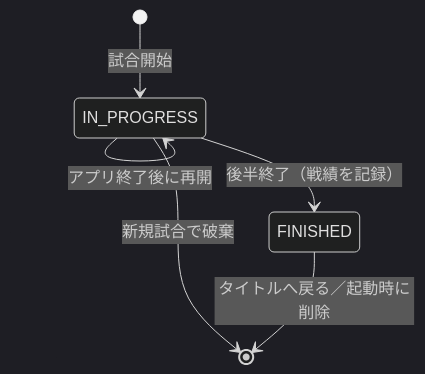
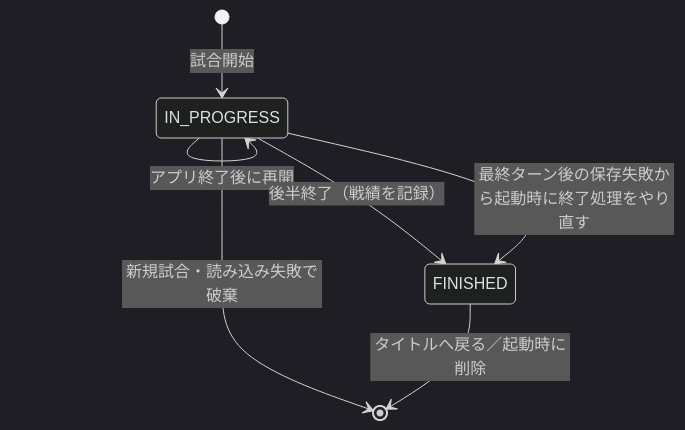
One commit to n-yata/soccer-sim changed the diagram in docs/specs/1_requirements/glossary.md. Above: the diagram before and after it, drawn with Mermaid (dark theme). The commit also changed other lines of this file and 7 other files, not shown here.

````diff
--- a/docs/specs/1_requirements/glossary.md
+++ b/docs/specs/1_requirements/glossary.md
@@ -145,8 +166,9 @@
 ```mermaid
 stateDiagram-v2
     [*] --> IN_PROGRESS: 試合開始
     IN_PROGRESS --> IN_PROGRESS: アプリ終了後に再開
-    IN_PROGRESS --> [*]: 新規試合で破棄
+    IN_PROGRESS --> [*]: 新規試合・読み込み失敗で破棄
     IN_PROGRESS --> FINISHED: 後半終了（戦績を記録）
+    IN_PROGRESS --> FINISHED: 最終ターン後の保存失敗から起動時に終了処理をやり直す
     FINISHED --> [*]: タイトルへ戻る／起動時に削除
 ```
````
